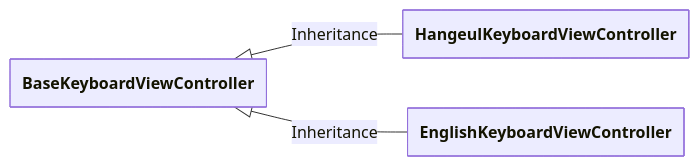
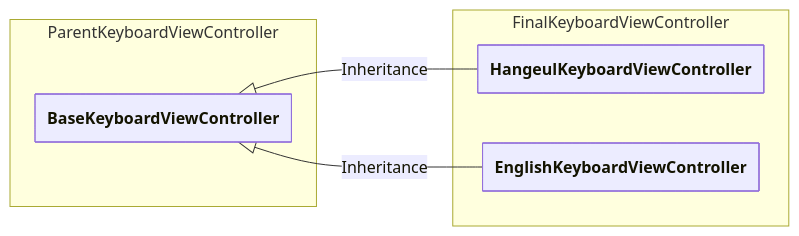
Before and after one commit to SNMac/SYKeyboard: the first of 3 diagrams in README.md, drawn with Mermaid. The commit also changed other lines of this file, not shown here.

Commit message:
docs: Mermaid 코드 수정

````diff
--- a/README.md
+++ b/README.md
@@ -191,22 +191,31 @@
 ``` mermaid
 %%{
   init: {
     "theme": "default",
     "fontFamily": "JetBrainsMono NFP",
     "elk": {
         "mergeEdges": false,
         "nodePlacementStrategy": "BRANDES_KOEPF",
         "forceNodeModelOrder": false,
         "considerModelOrder": "NODES_AND_EDGES"
     },
     "class": {
         "hideEmptyMembersBox": true
     }
   }
 }%%
 classDiagram
 direction LR
     %% Keyboard Type
+    namespace ParentKeyboardViewController {
+      class BaseKeyboardViewController
+    }
+
+    namespace FinalKeyboardViewController {
+      class HangeulKeyboardViewController
+      class EnglishKeyboardViewController
+    }
+
     BaseKeyboardViewController <|-- HangeulKeyboardViewController: Inheritance
     BaseKeyboardViewController <|-- EnglishKeyboardViewController: Inheritance
 ```
````
